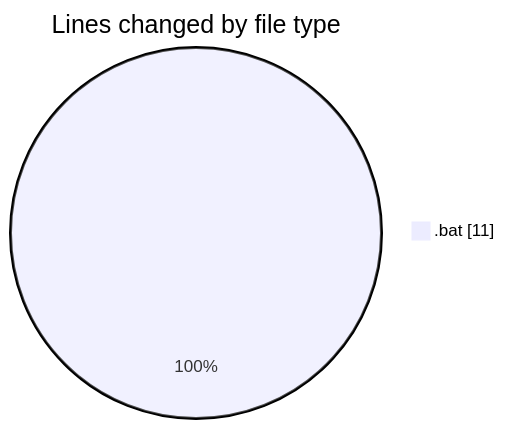
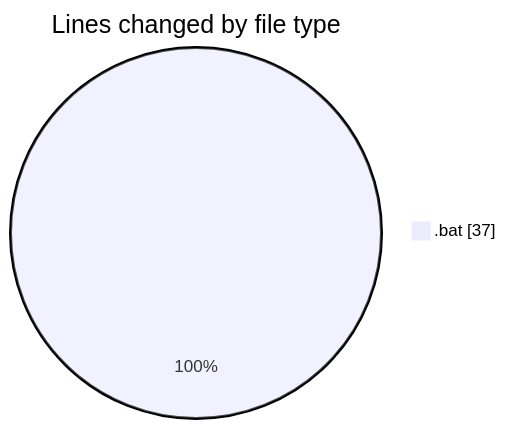
Before and after one commit to FelipKnott/code-tracking: the first of 2 diagrams in 2025-07-04/cursor/README.md, drawn with Mermaid. The commit also changed other lines of this file and 1 other file, not shown here.

````diff
--- a/2025-07-04/cursor/README.md
+++ b/2025-07-04/cursor/README.md
@@ -20,5 +21,5 @@
 ```mermaid
 pie showData
 title Lines changed by file type
-".bat" : 11
+".bat" : 37
 ```
````
